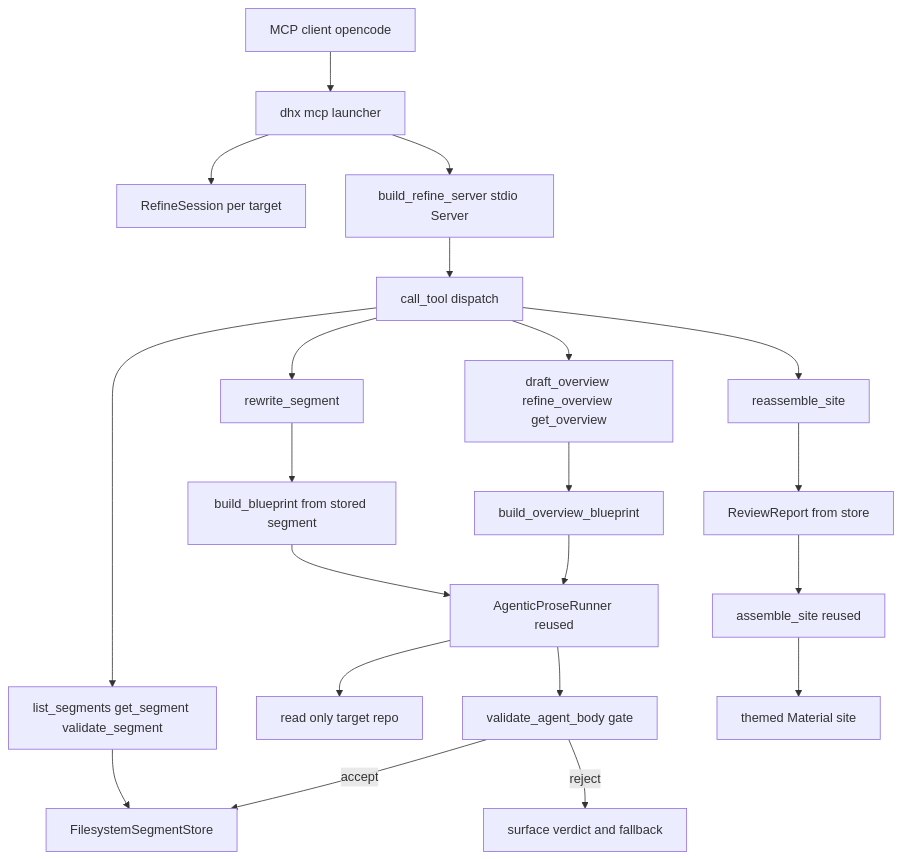
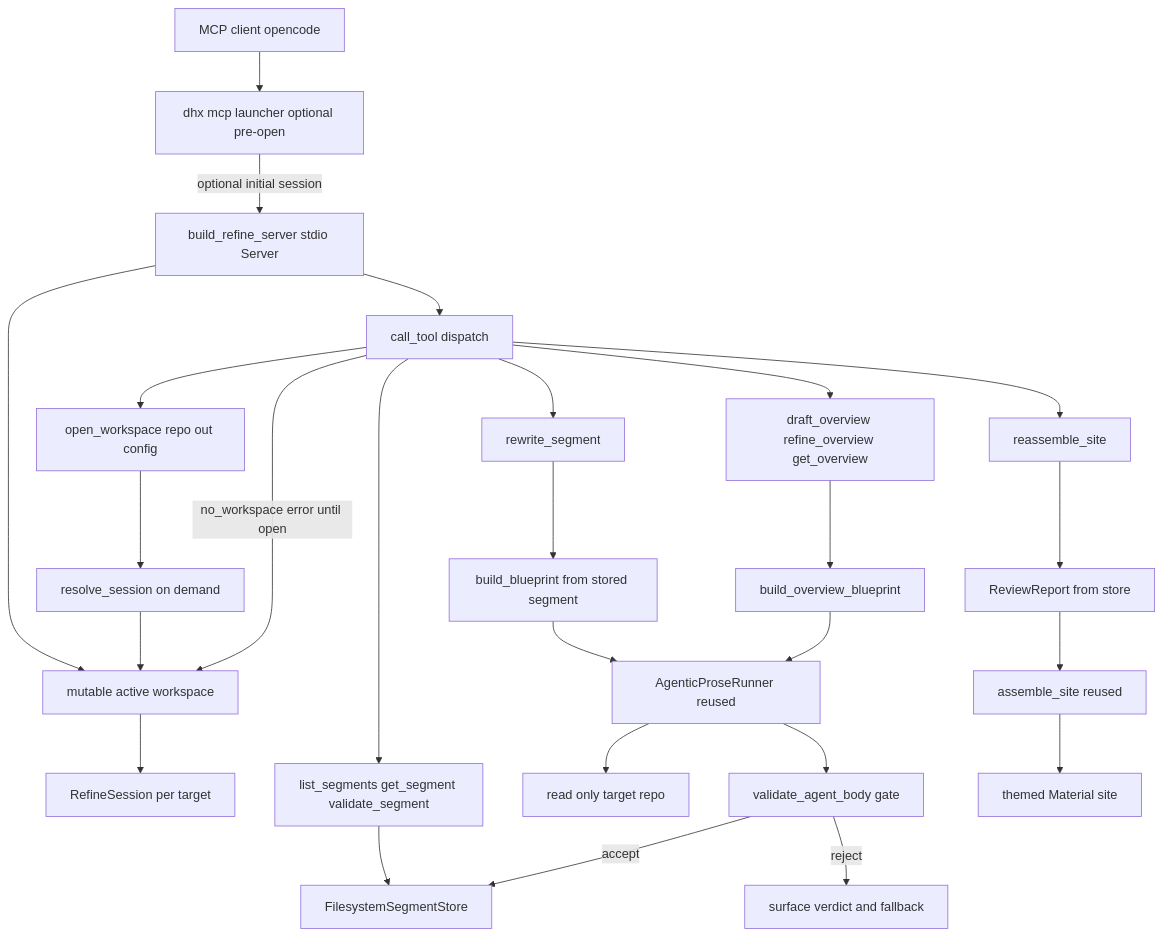
One commit to norandom/DocuHarnessX changed the first of 4 diagrams in .kiro/specs/docuharnessx-mcp-refine/design.md. Above: the diagram before and after it, drawn with Mermaid. The commit also changed other lines of this file and 10 other files, not shown here.

First line of the commit message:
feat(mcp): agent-set workspace via open_workspace (no hardcoded --out)

````diff
--- a/.kiro/specs/docuharnessx-mcp-refine/design.md
+++ b/.kiro/specs/docuharnessx-mcp-refine/design.md
@@ -136,23 +145,28 @@
 ```mermaid
 graph TD
-  Client["MCP client opencode"] --> Launch["dhx mcp launcher"]
-  Launch --> Session["RefineSession per target"]
-  Launch --> Server["build_refine_server stdio Server"]
+  Client["MCP client opencode"] --> Launch["dhx mcp launcher optional pre-open"]
+  Launch -->|optional initial session| Server["build_refine_server stdio Server"]
+  Server --> Active["mutable active workspace"]
   Server --> Dispatch["call_tool dispatch"]
+  Dispatch --> Open["open_workspace repo out config"]
+  Open --> Resolve["resolve_session on demand"]
+  Resolve --> Active
+  Active --> Session["RefineSession per target"]
+  Dispatch -->|no_workspace error until open| Active
   Dispatch --> Read["list_segments get_segment validate_segment"]
   Dispatch --> Rewrite["rewrite_segment"]
   Dispatch --> Overview["draft_overview refine_overview get_overview"]
   Dispatch --> Reasm["reassemble_site"]
   Read --> Store["FilesystemSegmentStore"]
   Rewrite --> BP["build_blueprint from stored segment"]
   Overview --> OBP["build_overview_blueprint"]
   BP --> Runner["AgenticProseRunner reused"]
   OBP --> Runner
   Runner --> Repo["read only target repo"]
   Runner --> Gate["validate_agent_body gate"]
   Gate -->|accept| Store
   Gate -->|reject| Verdict["surface verdict and fallback"]
   Reasm --> Report["ReviewReport from store"]
   Report --> Assemble["assemble_site reused"]
   Assemble --> Site["themed Material site"]
 ```
````
